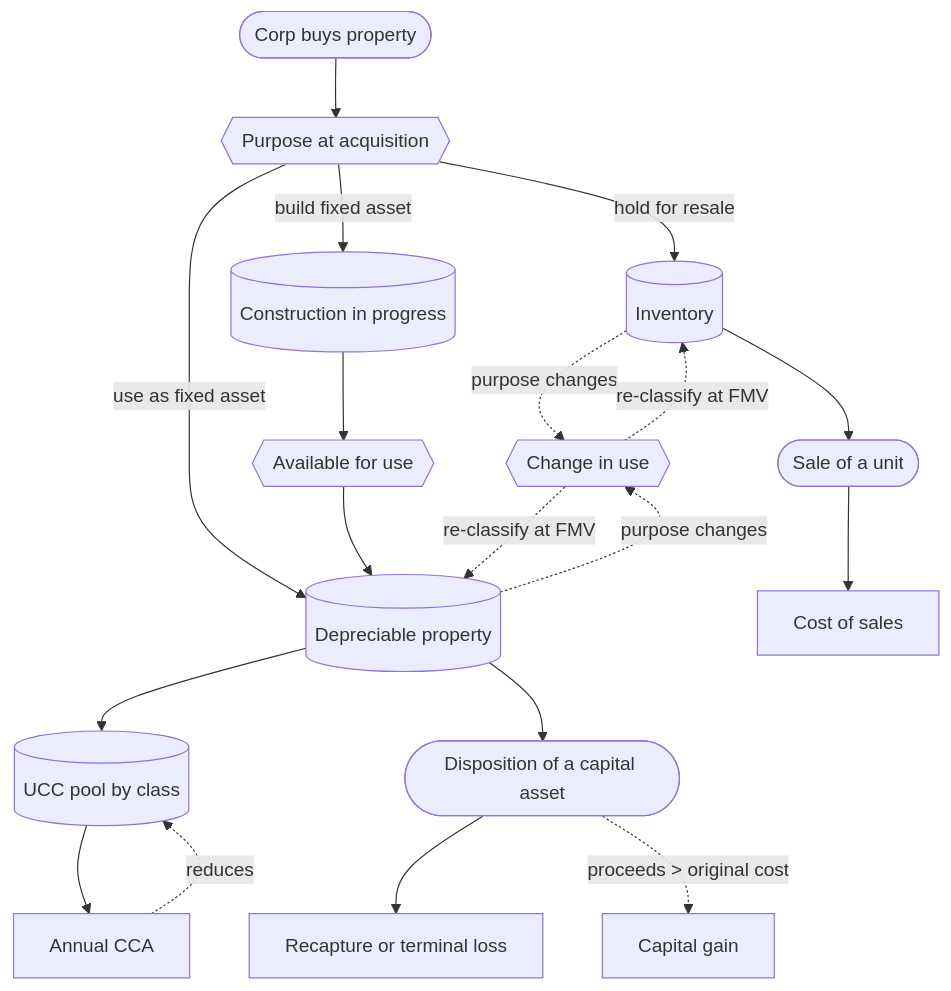
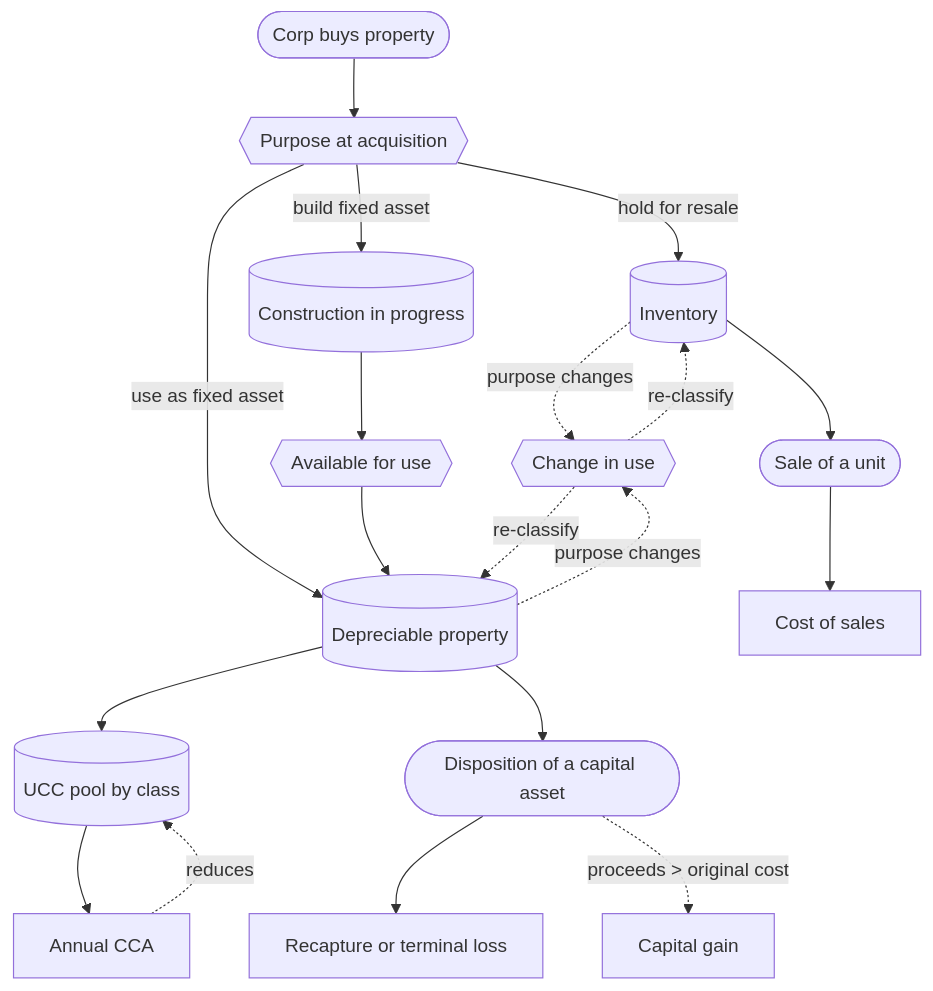
Before and after one commit to alexoooo/canadian-corp-info: the diagram in guide/Cost-Recovery/Cost-Recovery.md, drawn with Mermaid. The commit also changed other lines of this file and 10 other files, not shown here.

````diff
--- a/guide/Cost-Recovery/Cost-Recovery.md
+++ b/guide/Cost-Recovery/Cost-Recovery.md
@@ -125,36 +126,36 @@
 ```mermaid
 flowchart TB
     Buy(["Corp buys property"])
     Purpose{{"Purpose at acquisition"}}
     Inv[("Inventory")]
     Fixed[("Depreciable property")]
     CIP[("Construction in progress")]
     Avail{{"Available for use"}}
     UCC[("UCC pool by class")]
     Sale(["Sale of a unit"])
     COGS["Cost of sales"]
     CCA["Annual CCA"]
     Disp(["Disposition of a capital asset"])
     Rec["Recapture or terminal loss"]
     CG["Capital gain"]
     CofU{{"Change in use"}}
 
     Buy --> Purpose
     Purpose -->|"hold for resale"| Inv
     Purpose -->|"use as fixed asset"| Fixed
     Purpose -->|"build fixed asset"| CIP
     CIP --> Avail
     Avail --> Fixed
     Fixed --> UCC
     UCC --> CCA
     CCA -.->|"reduces"| UCC
     Inv --> Sale
     Sale --> COGS
     Fixed --> Disp
     Disp --> Rec
     Disp -.->|"proceeds &gt; original cost"| CG
     Inv -.->|"purpose changes"| CofU
     Fixed -.->|"purpose changes"| CofU
-    CofU -.->|"re-classify at FMV"| Inv
-    CofU -.->|"re-classify at FMV"| Fixed
+    CofU -.->|"re-classify"| Inv
+    CofU -.->|"re-classify"| Fixed
 ```
````
